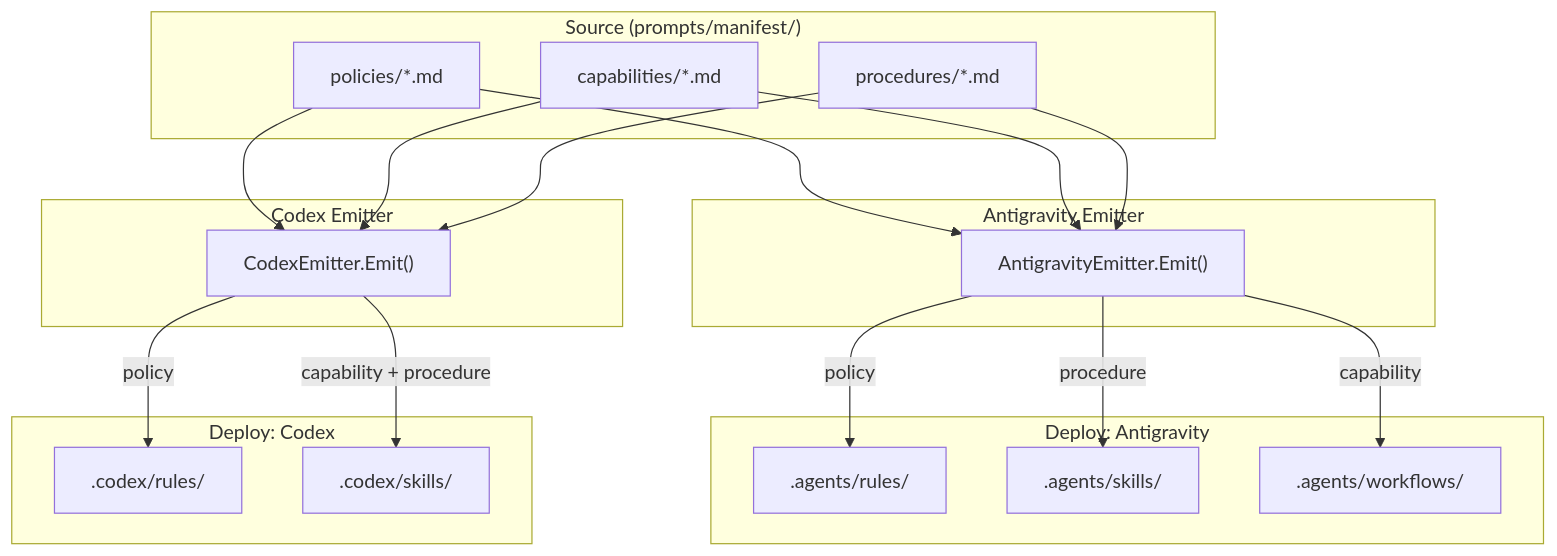
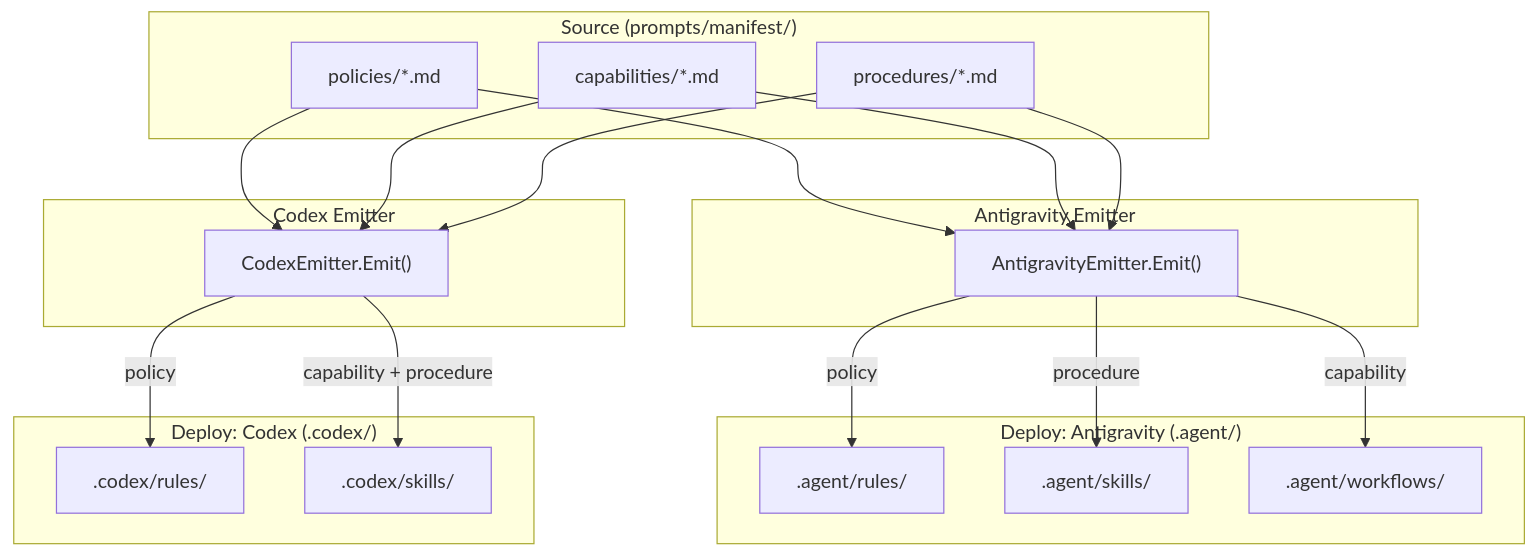
One commit to axsh/tokotachi changed the diagram in prompts/phases/000-foundation/branches/fix-compile-bug/ideas/001-SeparateDeployPaths-AgyAndCodex.md. Above: the diagram before and after it, drawn with Mermaid. The commit also changed other lines of this file, not shown here.

Commit message:
docs: revise specification 001-SeparateDeployPaths-AgyAndCodex per review

````diff
--- a/prompts/phases/000-foundation/branches/fix-compile-bug/ideas/001-SeparateDeployPaths-AgyAndCodex.md
+++ b/prompts/phases/000-foundation/branches/fix-compile-bug/ideas/001-SeparateDeployPaths-AgyAndCodex.md
@@ -164,40 +166,40 @@
 ```mermaid
 graph TD
     subgraph "Source (prompts/manifest/)"
         P["policies/*.md"]
         C["capabilities/*.md"]
         PR["procedures/*.md"]
     end
 
     subgraph "Antigravity Emitter"
         AE["AntigravityEmitter.Emit()"]
     end
 
     subgraph "Codex Emitter"
         CE["CodexEmitter.Emit()"]
     end
 
-    subgraph "Deploy: Antigravity"
-        AR[".agents/rules/"]
-        AS[".agents/skills/"]
-        AW[".agents/workflows/"]
+    subgraph "Deploy: Antigravity (.agent/)"
+        AR[".agent/rules/"]
+        AS[".agent/skills/"]
+        AW[".agent/workflows/"]
     end
 
-    subgraph "Deploy: Codex"
+    subgraph "Deploy: Codex (.codex/)"
         CR[".codex/rules/"]
         CS[".codex/skills/"]
     end
 
     P --> AE
     C --> AE
     PR --> AE
     AE -->|"policy"| AR
     AE -->|"procedure"| AS
     AE -->|"capability"| AW
 
     P --> CE
     C --> CE
     PR --> CE
     CE -->|"policy"| CR
     CE -->|"capability + procedure"| CS
 ```
````
